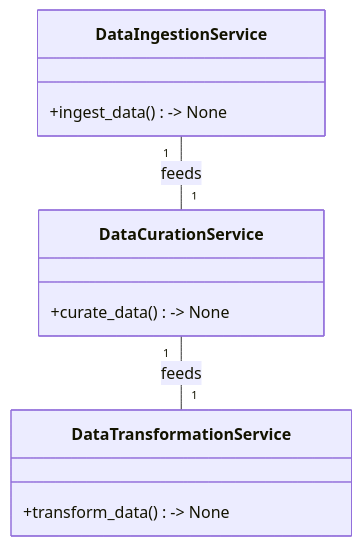
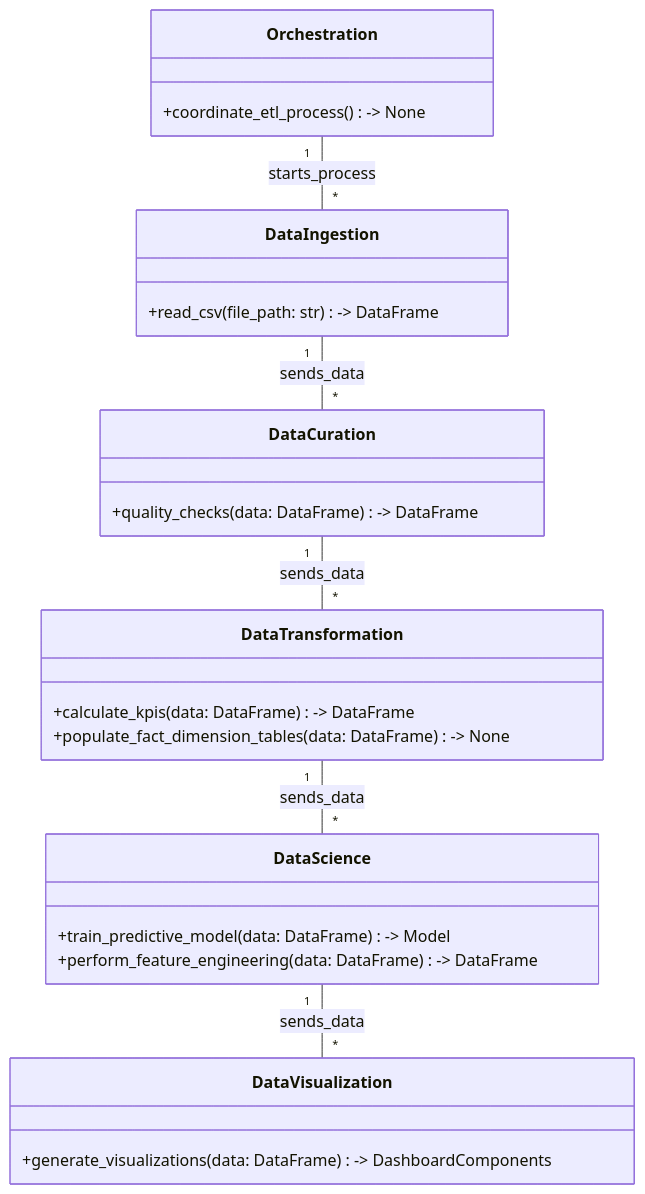
One commit to selin-k/bi_report_project changed the first of 2 diagrams in docs/sdd.md. Above: the diagram before and after it, drawn with Mermaid. The commit also changed other lines of this file and 11 other files, not shown here.

````diff
--- a/docs/sdd.md
+++ b/docs/sdd.md
@@ -29,14 +33,28 @@
 ```mermaid
 classDiagram
-    class DataIngestionService{
-        +ingest_data() -> None
+    class DataIngestion{
+        +read_csv(file_path: str) -> DataFrame
     }
-    class DataCurationService{
-        +curate_data() -> None
+    class DataCuration{
+        +quality_checks(data: DataFrame) -> DataFrame
     }
-    class DataTransformationService{
-        +transform_data() -> None
+    class DataTransformation{
+        +calculate_kpis(data: DataFrame) -> DataFrame
+        +populate_fact_dimension_tables(data: DataFrame) -> None
     }
-    DataIngestionService "1" -- "1" DataCurationService: feeds
-    DataCurationService "1" -- "1" DataTransformationService: feeds
+    class DataScience{
+        +train_predictive_model(data: DataFrame) -> Model
+        +perform_feature_engineering(data: DataFrame) -> DataFrame
+    }
+    class DataVisualization{
+        +generate_visualizations(data: DataFrame) -> DashboardComponents
+    }
+    class Orchestration{
+        +coordinate_etl_process() -> None
+    }
+    DataIngestion "1" -- "*" DataCuration: sends_data
+    DataCuration "1" -- "*" DataTransformation: sends_data
+    DataTransformation "1" -- "*" DataScience: sends_data
+    DataScience "1" -- "*" DataVisualization: sends_data
+    Orchestration "1" -- "*" DataIngestion: starts_process
 ```
````
